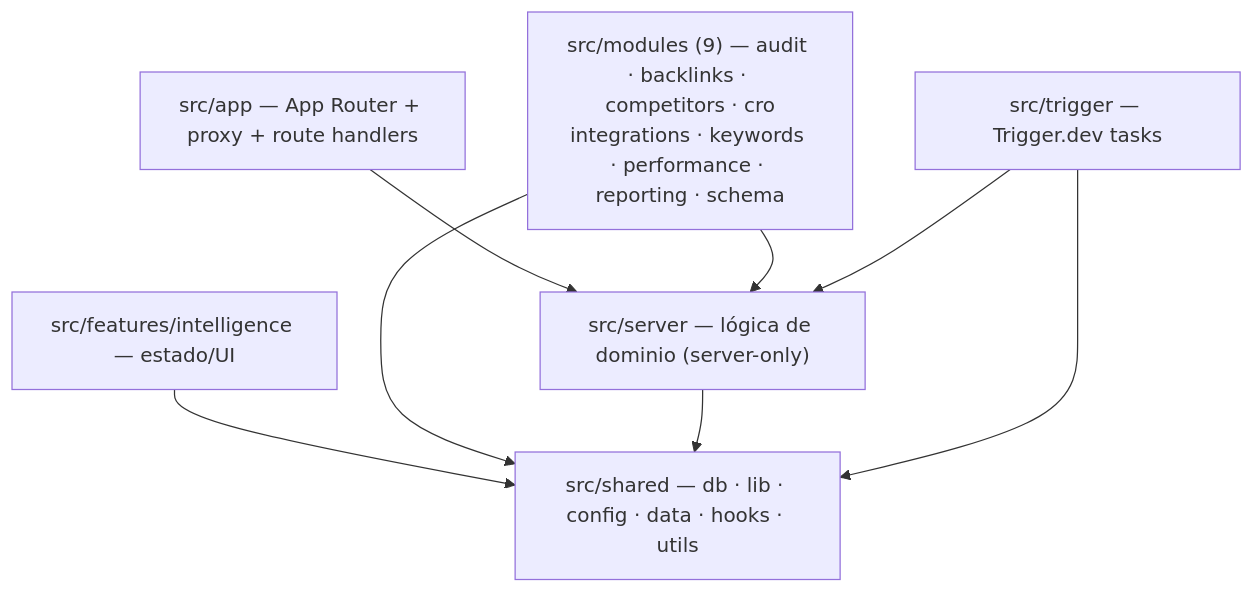
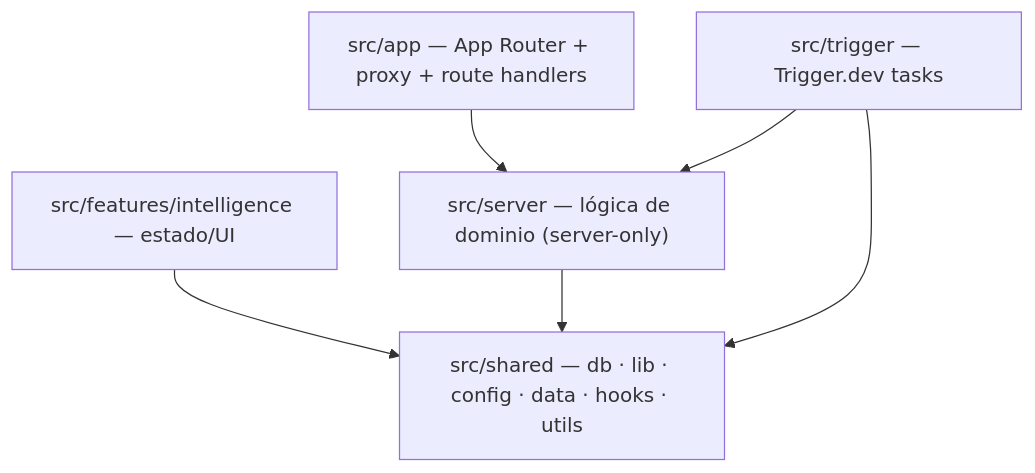
Before and after one commit to StrategicConnex/StrategicConnexAudit: the fourth of 4 diagrams in docs/architecture/SYSTEM-MAP.md, drawn with Mermaid. The commit also changed other lines of this file and 14 other files, not shown here.

````diff
--- a/docs/architecture/SYSTEM-MAP.md
+++ b/docs/architecture/SYSTEM-MAP.md
@@ -252,17 +252,14 @@
 ```mermaid
 flowchart TB
     APP["src/app — App Router + proxy + route handlers"]
     FEAT["src/features/intelligence — estado/UI"]
-    MOD["src/modules (9) — audit · backlinks · competitors · cro<br/>integrations · keywords · performance · reporting · schema"]
     SRV["src/server — lógica de dominio (server-only)"]
     SH["src/shared — db · lib · config · data · hooks · utils"]
     TRIG["src/trigger — Trigger.dev tasks"]
 
     APP --> SRV
     FEAT --> SH
-    MOD --> SH
-    MOD --> SRV
     SRV --> SH
     TRIG --> SRV
     TRIG --> SH
 ```
````
